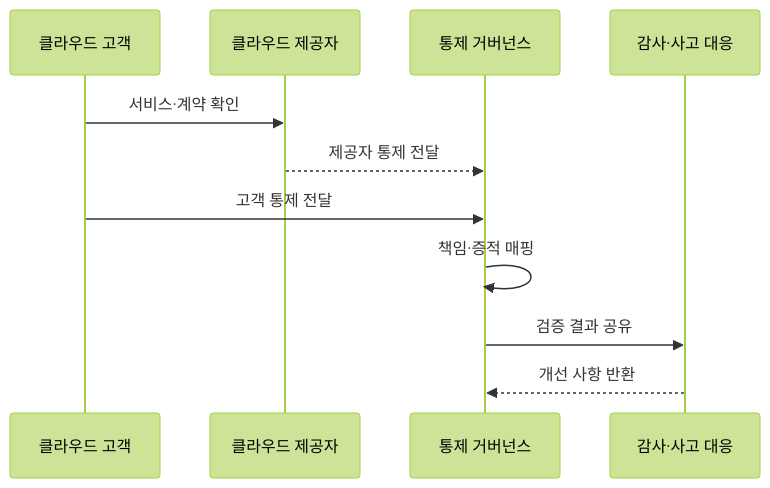
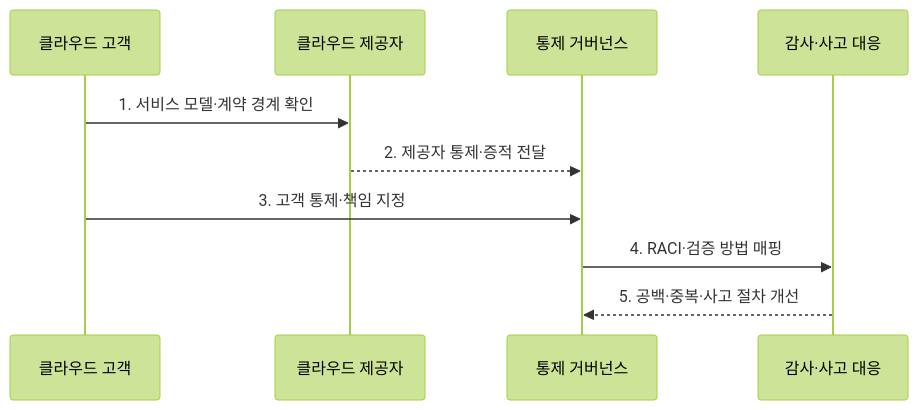
One commit to agnusdei1207/knowledge-base changed the second of 2 diagrams in src/content/docs/notes/05-security/071_shared_responsibility.md. Above: the diagram before and after it, drawn with Mermaid (forest theme). The commit also changed other lines of this file and 4 other files, not shown here.

````diff
--- a/src/content/docs/notes/05-security/071_shared_responsibility.md
+++ b/src/content/docs/notes/05-security/071_shared_responsibility.md
@@ -85,13 +85,12 @@
 ```mermaid
 sequenceDiagram
     participant C as 클라우드 고객
     participant P as 클라우드 제공자
     participant G as 통제 거버넌스
     participant A as 감사·사고 대응
-    C->>P: 서비스·계약 확인
-    P-->>G: 제공자 통제 전달
-    C->>G: 고객 통제 전달
-    G->>G: 책임·증적 매핑
-    G->>A: 검증 결과 공유
-    A-->>G: 개선 사항 반환
+    C->>P: 1. 서비스 모델·계약 경계 확인
+    P-->>G: 2. 제공자 통제·증적 전달
+    C->>G: 3. 고객 통제·책임 지정
+    G->>A: 4. RACI·검증 방법 매핑
+    A-->>G: 5. 공백·중복·사고 절차 개선
 ```
````
